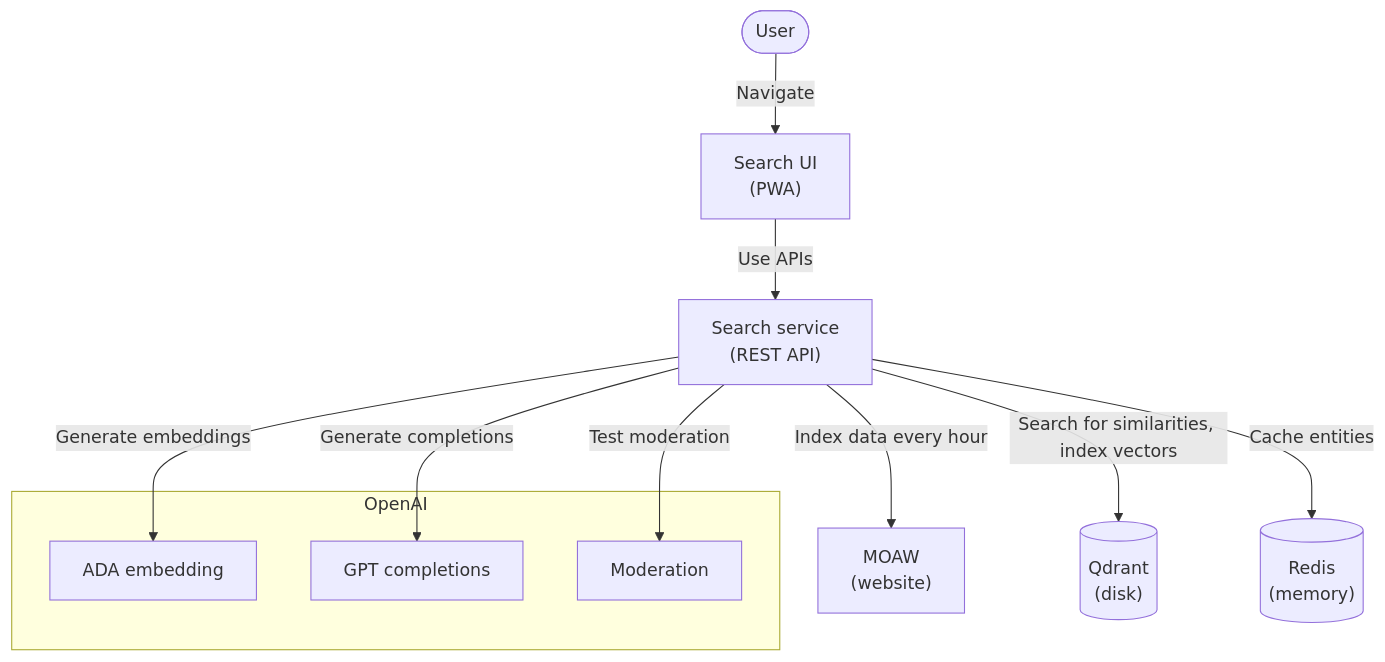
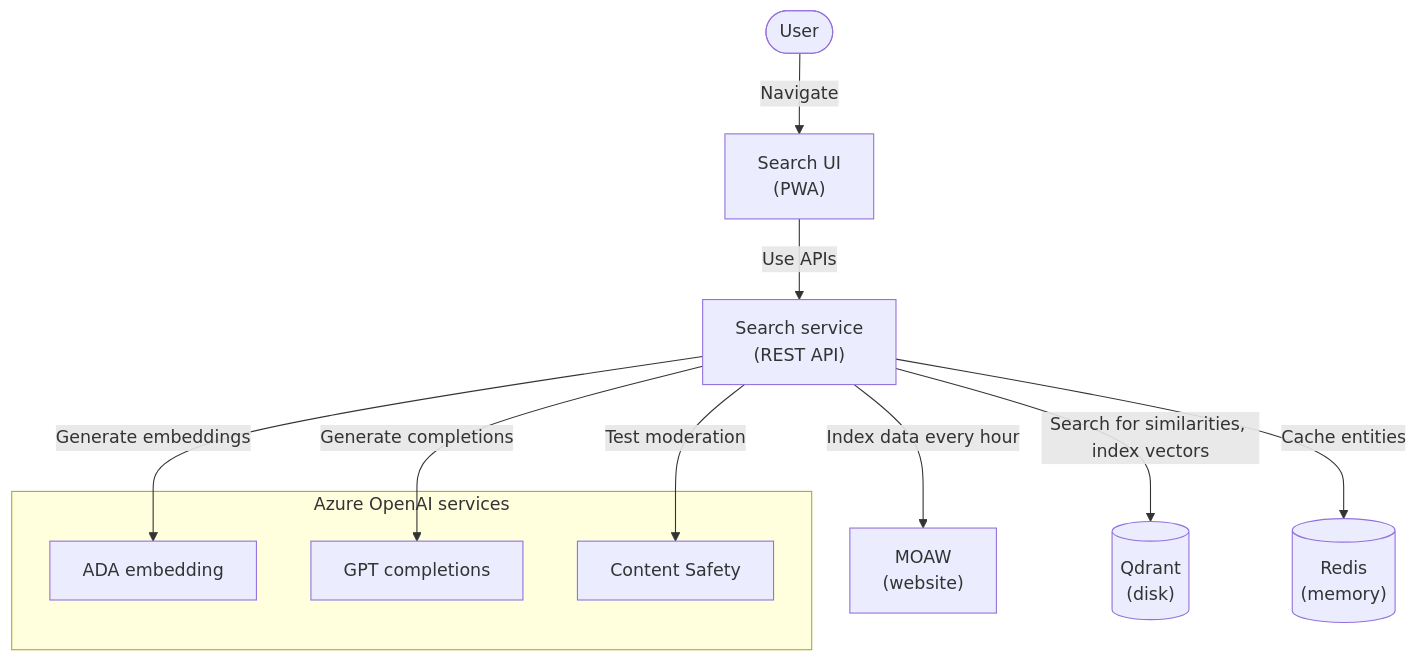
Before and after one commit to clemlesne/moaw-search: the second of 3 diagrams in README.md, drawn with Mermaid. The commit also changed other lines of this file and 9 other files, not shown here.

Commit message:
Feat: Use Azure Cognitive Services

````diff
--- a/README.md
+++ b/README.md
@@ -81,25 +81,25 @@
 ```mermaid
 graph
   user(["User"])
 
   api["Search service\n(REST API)"]
   moaw["MOAW\n(website)"]
   qdrant[("Qdrant\n(disk)")]
   redis[("Redis\n(memory)")]
   ui["Search UI\n(PWA)"]
 
-  subgraph "OpenAI"
+  subgraph "Azure OpenAI services"
     oai_ada["ADA embedding"]
     oai_gpt["GPT completions"]
-    oai_modr["Moderation"]
+    safety["Content Safety"]
   end
 
   api -- Cache entities --> redis
   api -- Generate completions --> oai_gpt
-  api -- Test moderation --> oai_modr
+  api -- Test moderation --> safety
   api -- Generate embeddings --> oai_ada
   api -- Index data every hour --> moaw
   api -- Search for similarities, index vectors --> qdrant
   ui -- Use APIs --> api
   user -- Navigate --> ui
 ```
````
